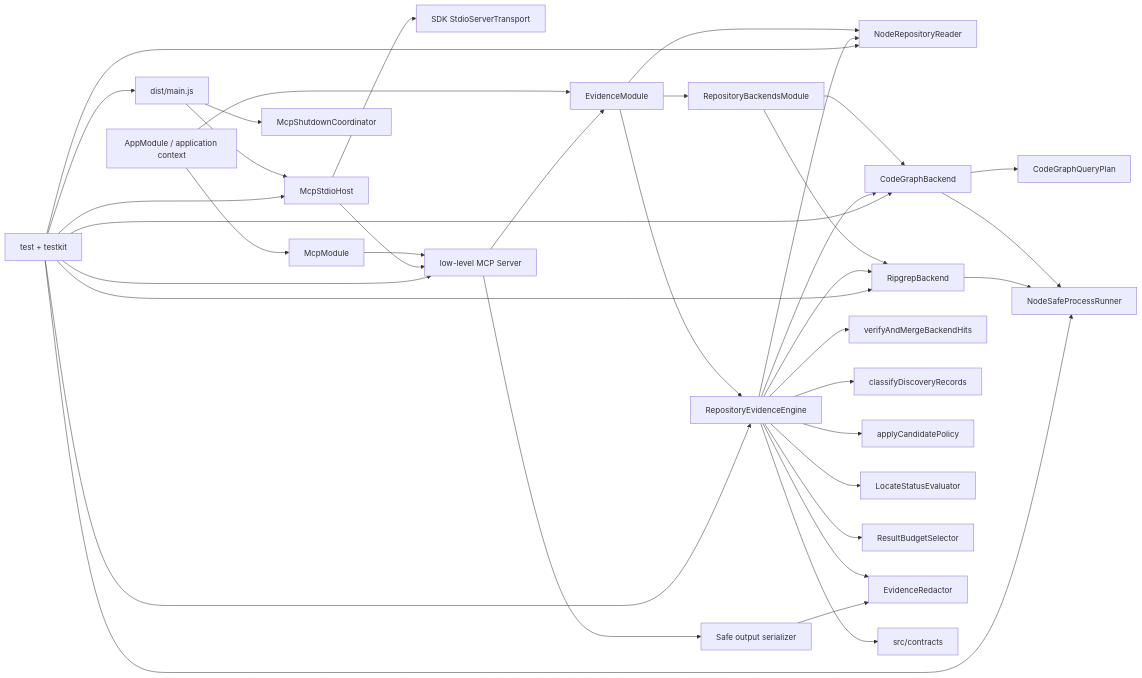
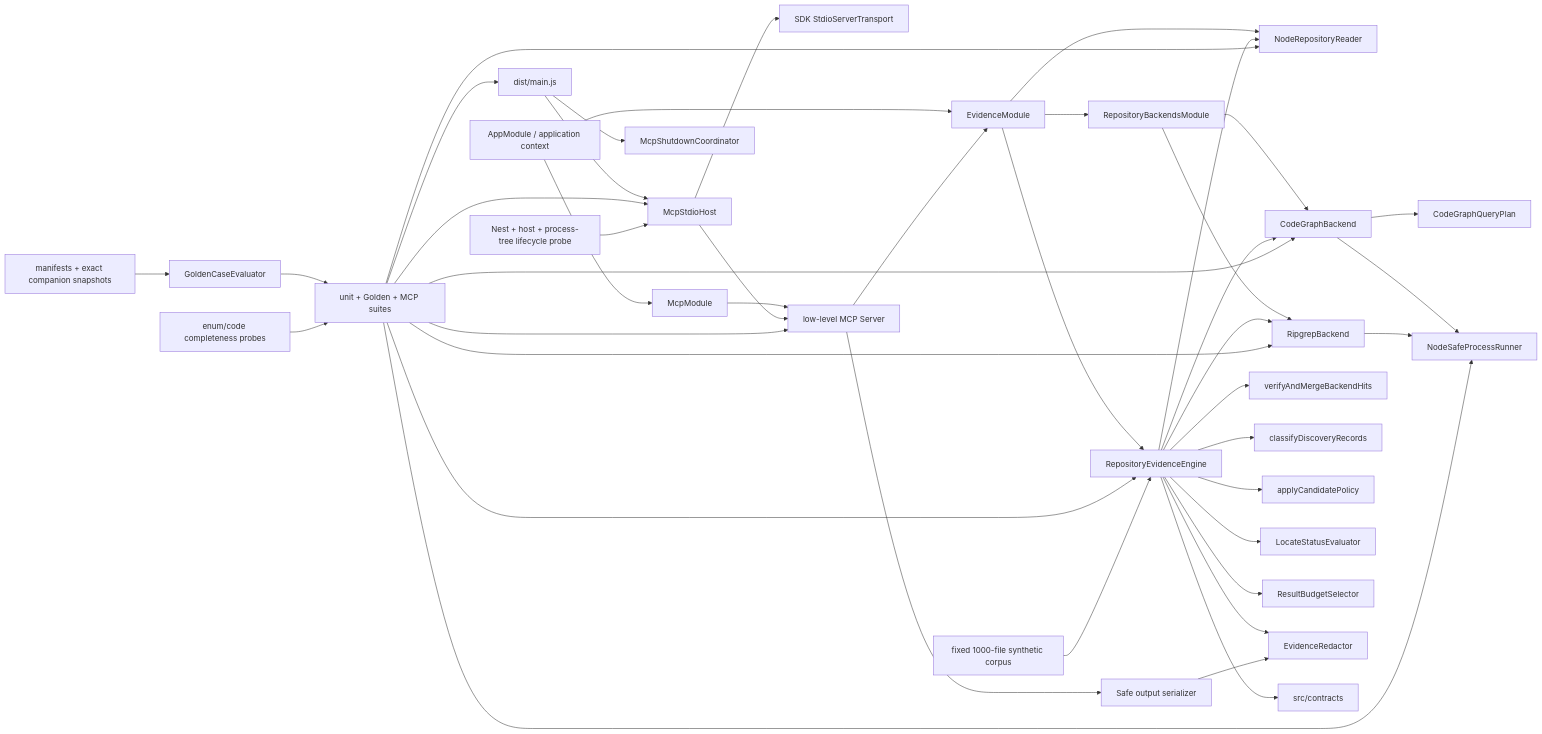
One commit to gchigoo/repo-nav changed the diagram in .codestable/architecture/system-repo-nav-foundation.md. Above: the diagram before and after it, drawn with Mermaid. The commit also changed other lines of this file and 73 other files, not shown here.

````diff
--- a/.codestable/architecture/system-repo-nav-foundation.md
+++ b/.codestable/architecture/system-repo-nav-foundation.md
@@ -42,39 +46,44 @@
 ```mermaid
 flowchart LR
   App["AppModule / application context"] --> Evidence["EvidenceModule"]
   App --> Mcp["McpModule"]
   Entry["dist/main.js"] --> Host["McpStdioHost"]
   Entry --> Shutdown["McpShutdownCoordinator"]
   Host --> Transport["SDK StdioServerTransport"]
   Mcp --> Server["low-level MCP Server"]
   Host --> Server
   Server --> Evidence
   Evidence --> Engine["RepositoryEvidenceEngine"]
   Evidence --> Reader["NodeRepositoryReader"]
   Evidence --> Backends["RepositoryBackendsModule"]
   Backends --> CodeGraph["CodeGraphBackend"]
   Backends --> Ripgrep["RipgrepBackend"]
   CodeGraph --> Planner["CodeGraphQueryPlan"]
   CodeGraph --> Process["NodeSafeProcessRunner"]
   Ripgrep --> Process["NodeSafeProcessRunner"]
   Engine --> CodeGraph
   Engine --> Ripgrep
   Engine --> Reader
   Engine --> Merge["verifyAndMergeBackendHits"]
   Engine --> Classifier["classifyDiscoveryRecords"]
   Engine --> Candidate["applyCandidatePolicy"]
   Engine --> Status["LocateStatusEvaluator"]
   Engine --> Budget["ResultBudgetSelector"]
   Engine --> Redactor["EvidenceRedactor"]
   Engine --> Contracts["src/contracts"]
   Server --> Serializer["Safe output serializer"]
   Serializer --> Redactor
-  Tests["test + testkit"] --> Engine
+  Tests["unit + Golden + MCP suites"] --> Engine
   Tests --> CodeGraph
   Tests --> Ripgrep
   Tests --> Reader
   Tests --> Process
   Tests --> Server
   Tests --> Host
   Tests --> Entry
+  Manifests["manifests + exact companion snapshots"] --> Evaluator["GoldenCaseEvaluator"]
+  Evaluator --> Tests
+  Completeness["enum/code completeness probes"] --> Tests
+  Lifecycle["Nest + host + process-tree lifecycle probe"] --> Host
+  Synthetic["fixed 1000-file synthetic corpus"] --> Engine
 ```
````
